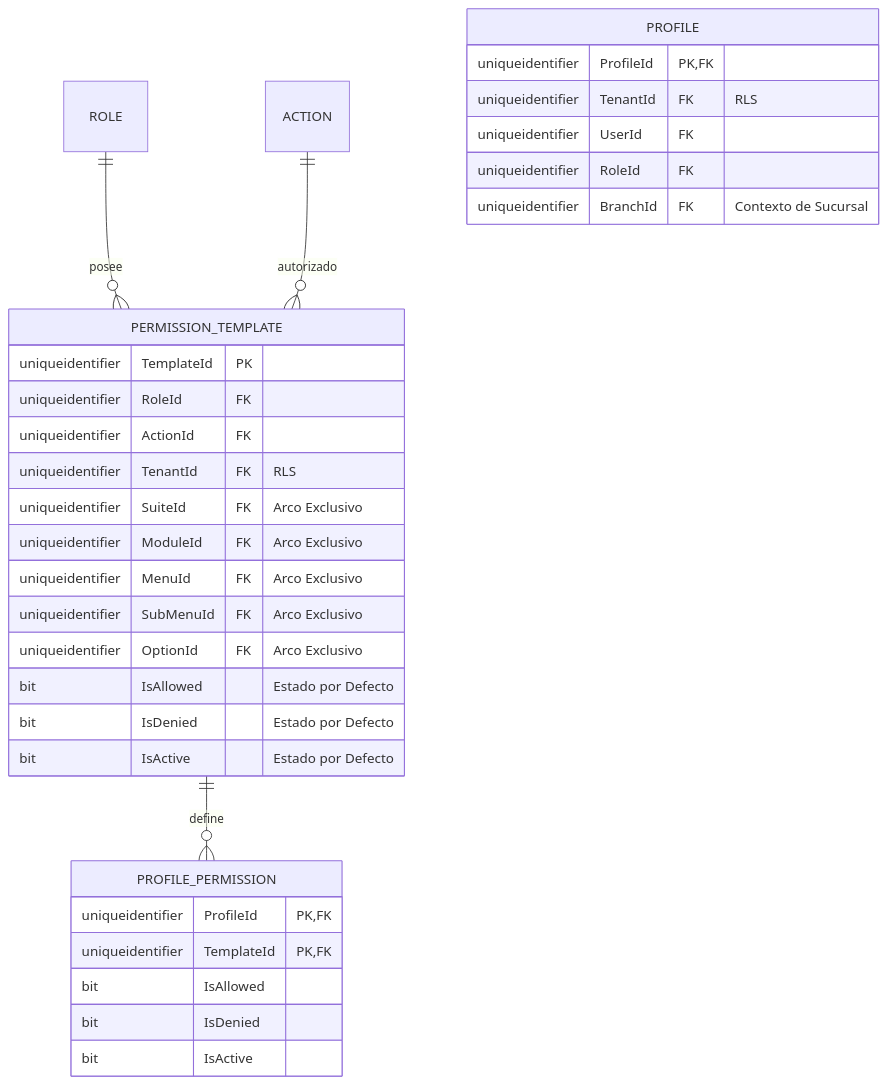
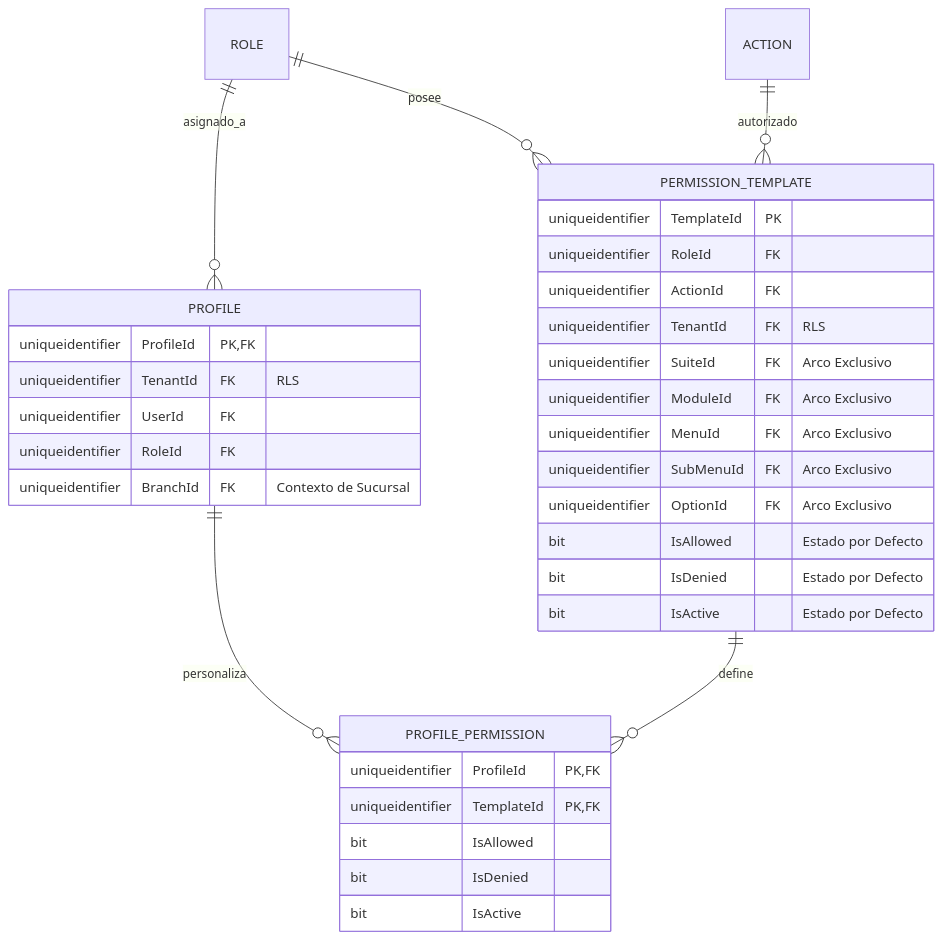
One commit to beyondnetcode/ums changed the second of 4 diagrams in docs/architecture/blueprints-es/database-design-er.md. Above: the diagram before and after it, drawn with Mermaid. The commit also changed other lines of this file and 1 other file, not shown here.

Commit message:
docs: restore missing PROFILE relationships in English and Spanish E/R diagrams

````diff
--- a/docs/architecture/blueprints-es/database-design-er.md
+++ b/docs/architecture/blueprints-es/database-design-er.md
@@ -68,37 +71,39 @@
 ```mermaid
 erDiagram
     ROLE ||--o{ PERMISSION_TEMPLATE : "posee"
+    ROLE ||--o{ PROFILE : "asignado_a"
+    PROFILE ||--o{ PROFILE_PERMISSION : "personaliza"
     PERMISSION_TEMPLATE ||--o{ PROFILE_PERMISSION : "define"
     ACTION ||--o{ PERMISSION_TEMPLATE : "autorizado"
     
     PERMISSION_TEMPLATE {
         uniqueidentifier TemplateId PK
         uniqueidentifier RoleId FK
         uniqueidentifier ActionId FK
         uniqueidentifier TenantId FK "RLS"
         uniqueidentifier SuiteId FK "Arco Exclusivo"
         uniqueidentifier ModuleId FK "Arco Exclusivo"
         uniqueidentifier MenuId FK "Arco Exclusivo"
         uniqueidentifier SubMenuId FK "Arco Exclusivo"
         uniqueidentifier OptionId FK "Arco Exclusivo"
         bit IsAllowed "Estado por Defecto"
         bit IsDenied "Estado por Defecto"
         bit IsActive "Estado por Defecto"
     }
     
     PROFILE {
         uniqueidentifier ProfileId PK, FK
         uniqueidentifier TenantId FK "RLS"
         uniqueidentifier UserId FK
         uniqueidentifier RoleId FK
         uniqueidentifier BranchId FK "Contexto de Sucursal"
     }
     
     PROFILE_PERMISSION {
         uniqueidentifier ProfileId PK, FK
         uniqueidentifier TemplateId PK, FK
         bit IsAllowed
         bit IsDenied
         bit IsActive
     }
 ```
````
